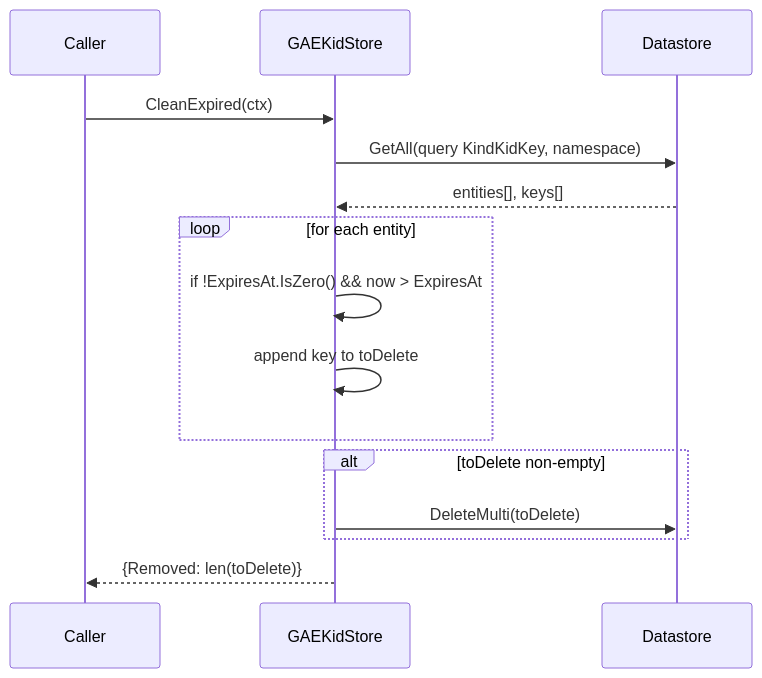
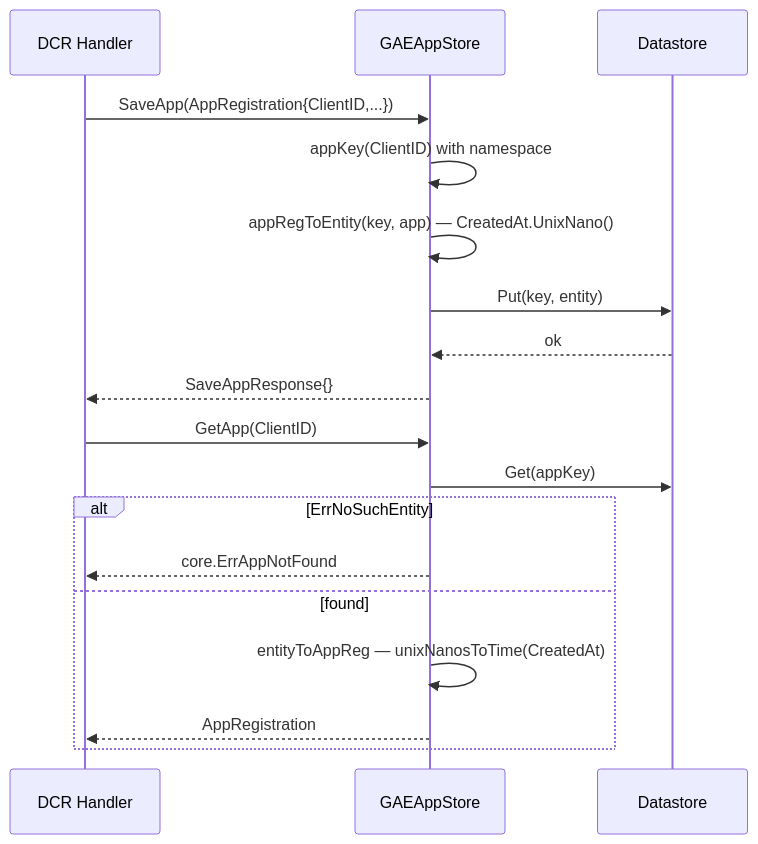
The second of 2 diagrams in stores/gae/DESIGN.md (panyam/oneauth), drawn with Mermaid before and after one commit. The commit also changed other lines of this file and 5 other files, not shown here.

First line of the commit message:
feat(stores/gae): GAEAppStore implementing core.AppRegistrationStore

````diff
--- a/stores/gae/DESIGN.md
+++ b/stores/gae/DESIGN.md
@@ -112,18 +89,22 @@
 ```mermaid
 sequenceDiagram
-    participant Caller
-    participant KS as GAEKidStore
+    participant Admin as DCR Handler
+    participant AS as GAEAppStore
     participant DS as Datastore
 
-    Caller->>KS: CleanExpired(ctx)
-    KS->>DS: GetAll(query KindKidKey, namespace)
-    DS-->>KS: entities[], keys[]
-    loop for each entity
-        KS->>KS: if !ExpiresAt.IsZero() && now > ExpiresAt
-        KS->>KS:   append key to toDelete
+    Admin->>AS: SaveApp(AppRegistration{ClientID,...})
+    AS->>AS: appKey(ClientID) with namespace
+    AS->>AS: appRegToEntity(key, app) — CreatedAt.UnixNano()
+    AS->>DS: Put(key, entity)
+    DS-->>AS: ok
+    AS-->>Admin: SaveAppResponse{}
+
+    Admin->>AS: GetApp(ClientID)
+    AS->>DS: Get(appKey)
+    alt ErrNoSuchEntity
+        AS-->>Admin: core.ErrAppNotFound
+    else found
+        AS->>AS: entityToAppReg — unixNanosToTime(CreatedAt)
+        AS-->>Admin: AppRegistration
     end
-    alt toDelete non-empty
-        KS->>DS: DeleteMulti(toDelete)
-    end
-    KS-->>Caller: {Removed: len(toDelete)}
 ```
````
